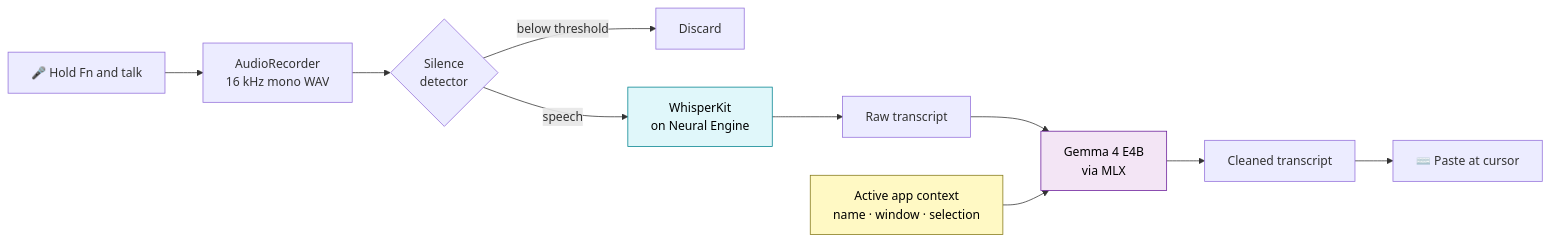
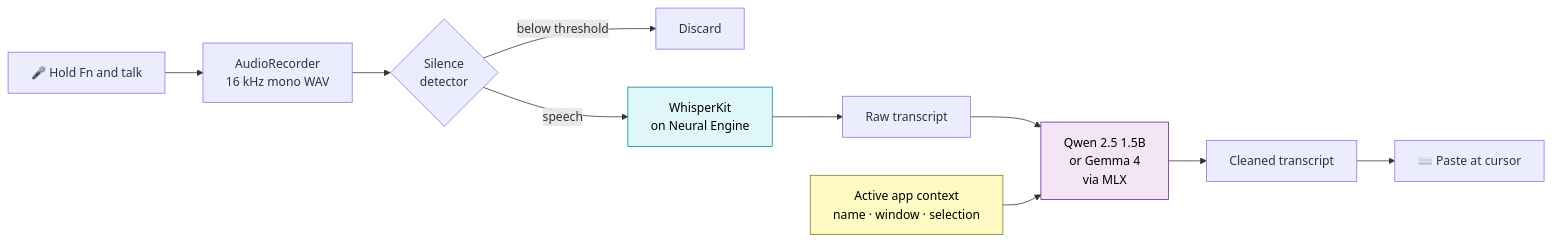
Before and after one commit to verdana86/geMMaFloW: the diagram in README.md, drawn with Mermaid. The commit also changed other lines of this file, not shown here.

First line of the commit message:
Update README references to reflect Qwen 2.5 as default

````diff
--- a/README.md
+++ b/README.md
@@ -79,16 +79,16 @@
 ```mermaid
 flowchart LR
     A[🎤 Hold Fn and talk] --> B[AudioRecorder<br/>16 kHz mono WAV]
     B --> C{Silence<br/>detector}
     C -- below threshold --> X[Discard]
     C -- speech --> D[WhisperKit<br/>on Neural Engine]
     D --> E[Raw transcript]
-    E --> F[Gemma 4 E4B<br/>via MLX]
+    E --> F[Qwen 2.5 1.5B<br/>or Gemma 4<br/>via MLX]
     G[Active app context<br/>name · window · selection] --> F
     F --> H[Cleaned transcript]
     H --> I[⌨️ Paste at cursor]
 
     style D fill:#e0f7fa,stroke:#00838f,color:#000
     style F fill:#f3e5f5,stroke:#6a1b9a,color:#000
     style G fill:#fff9c4,stroke:#827717,color:#000
 ```
````
